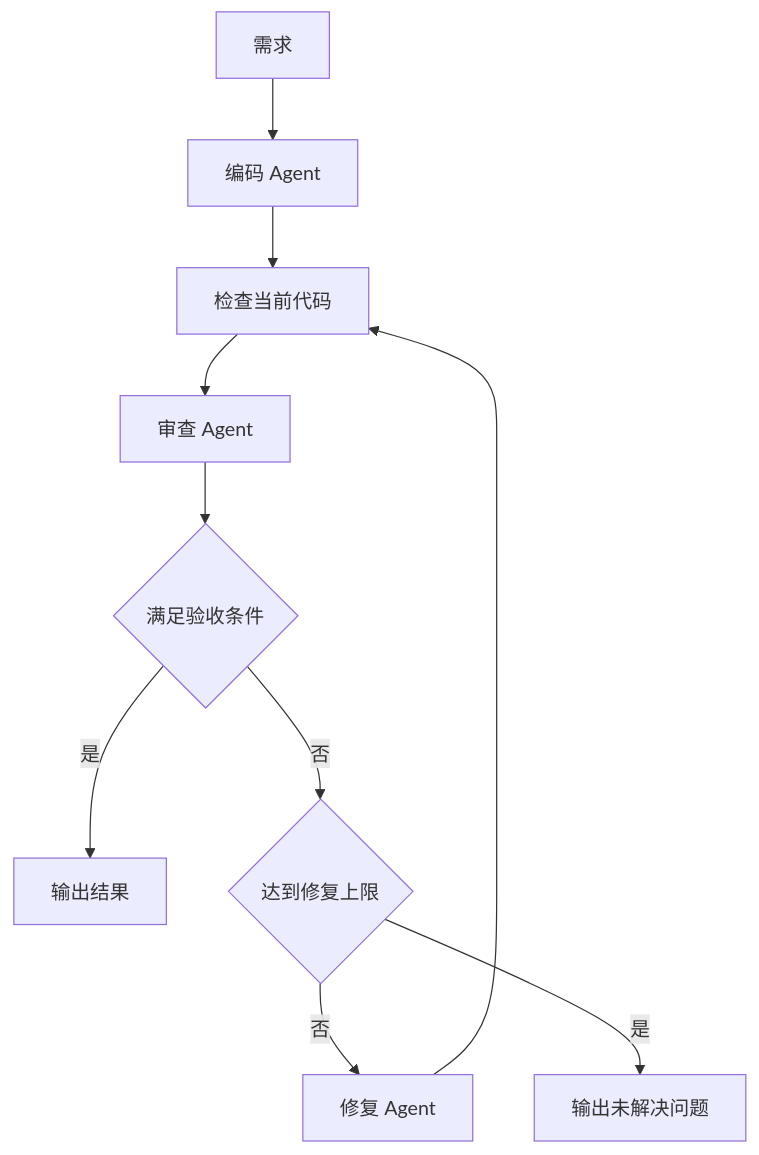
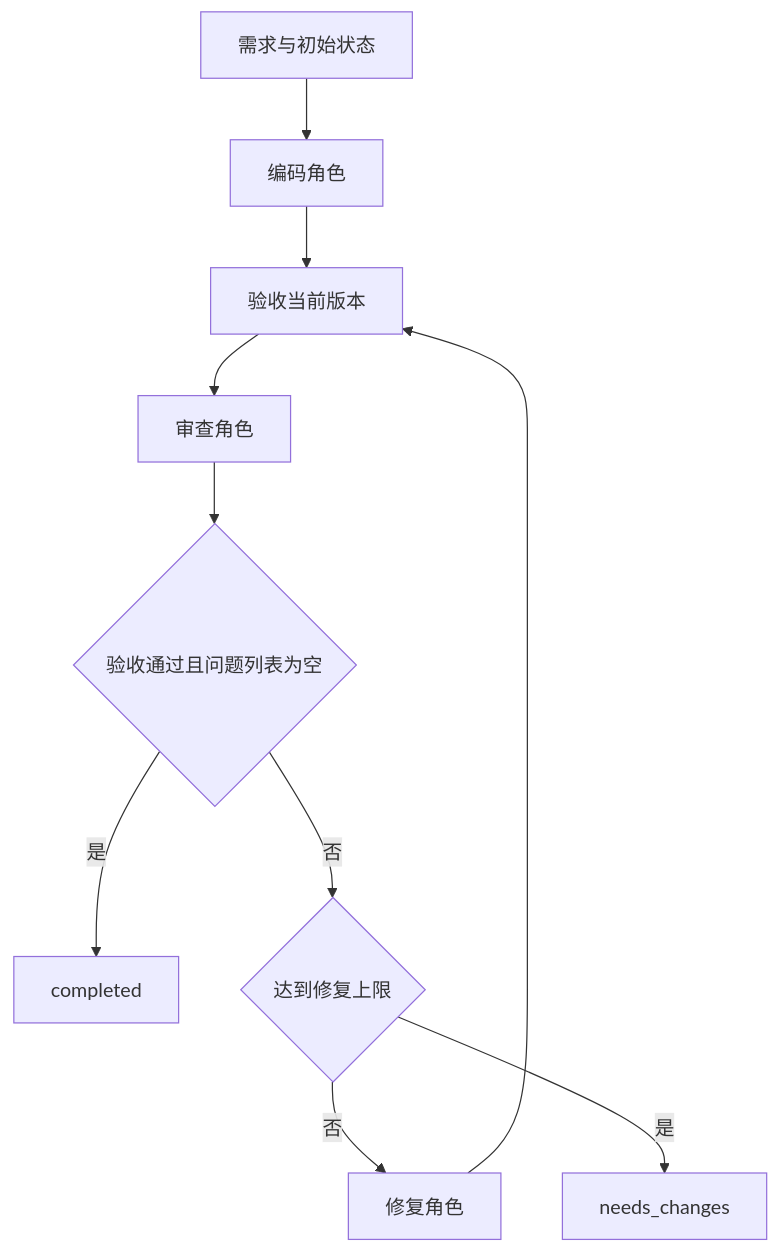
One commit to Anjin001/workflow changed the diagram in Design.md. Above: the diagram before and after it, drawn with Mermaid. The commit also changed other lines of this file and 10 other files, not shown here.

````diff
--- a/Design.md
+++ b/Design.md
@@ -7,12 +9,12 @@
 ```mermaid
 flowchart TD
-    A[需求] --> B[编码 Agent]
-    B --> C[检查当前代码]
-    C --> D[审查 Agent]
-    D --> E{满足验收条件}
-    E -- 是 --> F[输出结果]
+    A[需求与初始状态] --> B[编码角色]
+    B --> C[验收当前版本]
+    C --> D[审查角色]
+    D --> E{验收通过且问题列表为空}
+    E -- 是 --> F[completed]
     E -- 否 --> G{达到修复上限}
-    G -- 否 --> H[修复 Agent]
+    G -- 否 --> H[修复角色]
     H --> C
-    G -- 是 --> I[输出未解决问题]
+    G -- 是 --> I[needs_changes]
 ```
````
